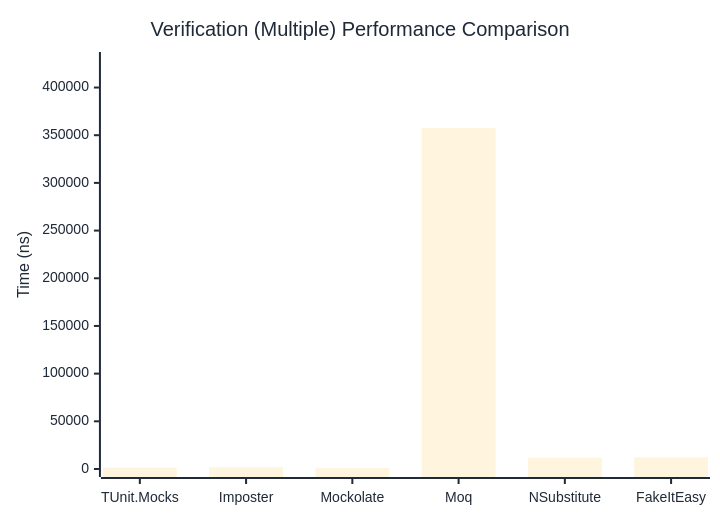
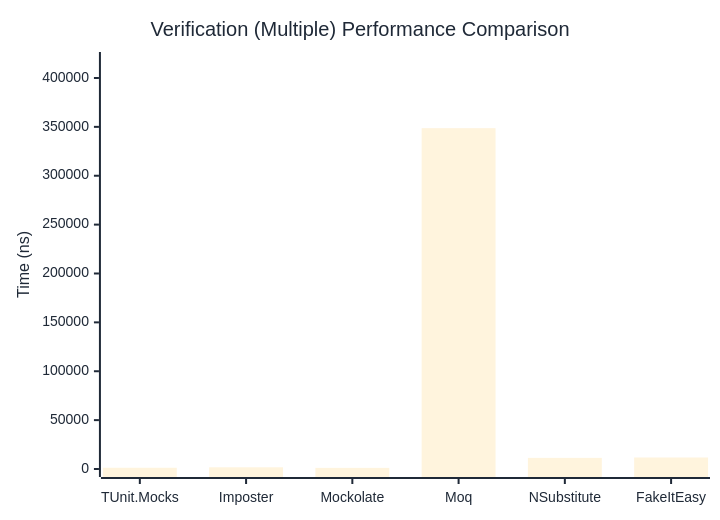
Before and after one commit to thomhurst/TUnit: the third of 3 diagrams in docs/docs/benchmarks/mocks/Verification.md, drawn with Mermaid. The commit also changed other lines of this file and 14 other files, not shown here.

````diff
--- a/docs/docs/benchmarks/mocks/Verification.md
+++ b/docs/docs/benchmarks/mocks/Verification.md
@@ -112,27 +112,27 @@
 ```mermaid
 %%{init: {
   'theme':'base',
   'themeVariables': {
     'primaryColor': '#2563eb',
     'primaryTextColor': '#1f2937',
     'primaryBorderColor': '#1e40af',
     'lineColor': '#6b7280',
     'secondaryColor': '#7c3aed',
     'tertiaryColor': '#dc2626',
     'background': '#ffffff',
     'pie1': '#2563eb',
     'pie2': '#7c3aed',
     'pie3': '#dc2626',
     'pie4': '#f59e0b',
     'pie5': '#10b981',
     'pie6': '#06b6d4',
     'pie7': '#ec4899',
     'pie8': '#6366f1'
   }
 }}%%
 xychart-beta
   title "Verification (Multiple) Performance Comparison"
   x-axis ["TUnit.Mocks", "Imposter", "Mockolate", "Moq", "NSubstitute", "FakeItEasy"]
-  y-axis "Time (ns)" 0 --> 428865
-  bar [1338.08, 1849.83, 1186.7, 357387, 11869.64, 12247.61]
+  y-axis "Time (ns)" 0 --> 418394
+  bar [1257.5, 1732.96, 1162.46, 348661.1, 11374.18, 11764.4]
 ```
````
